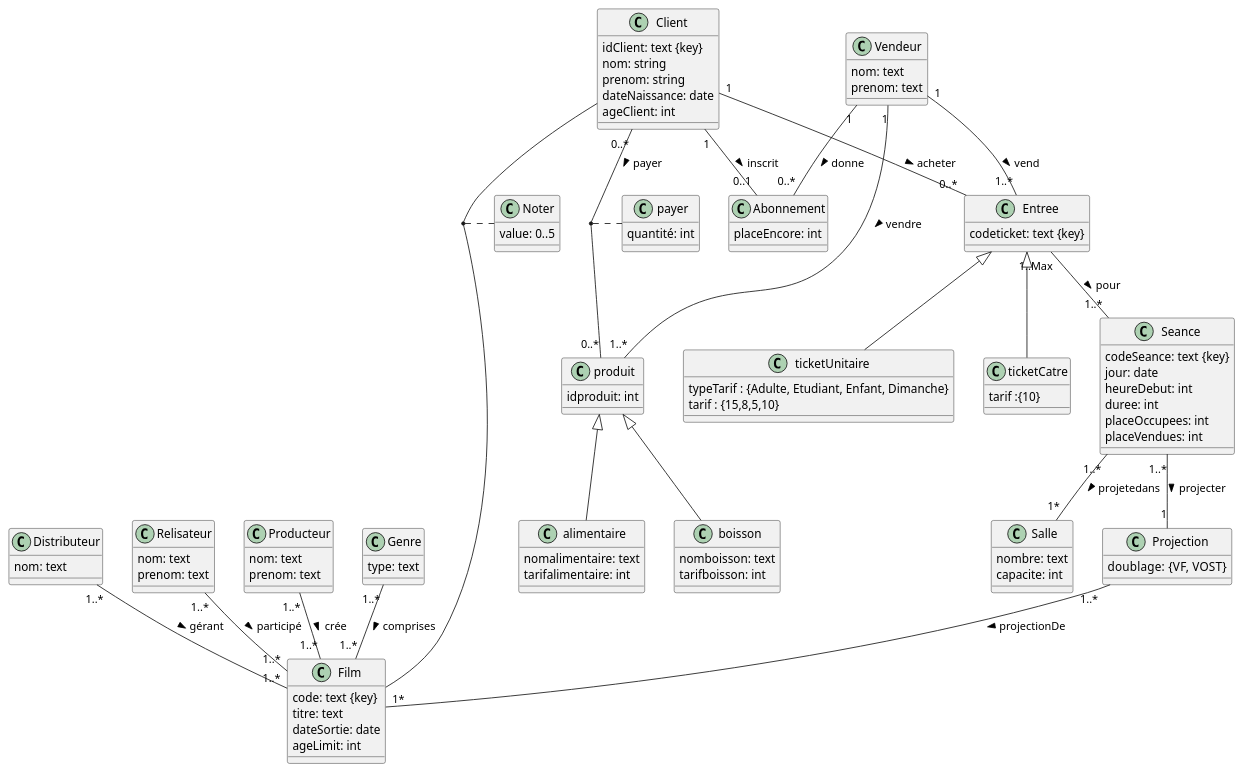
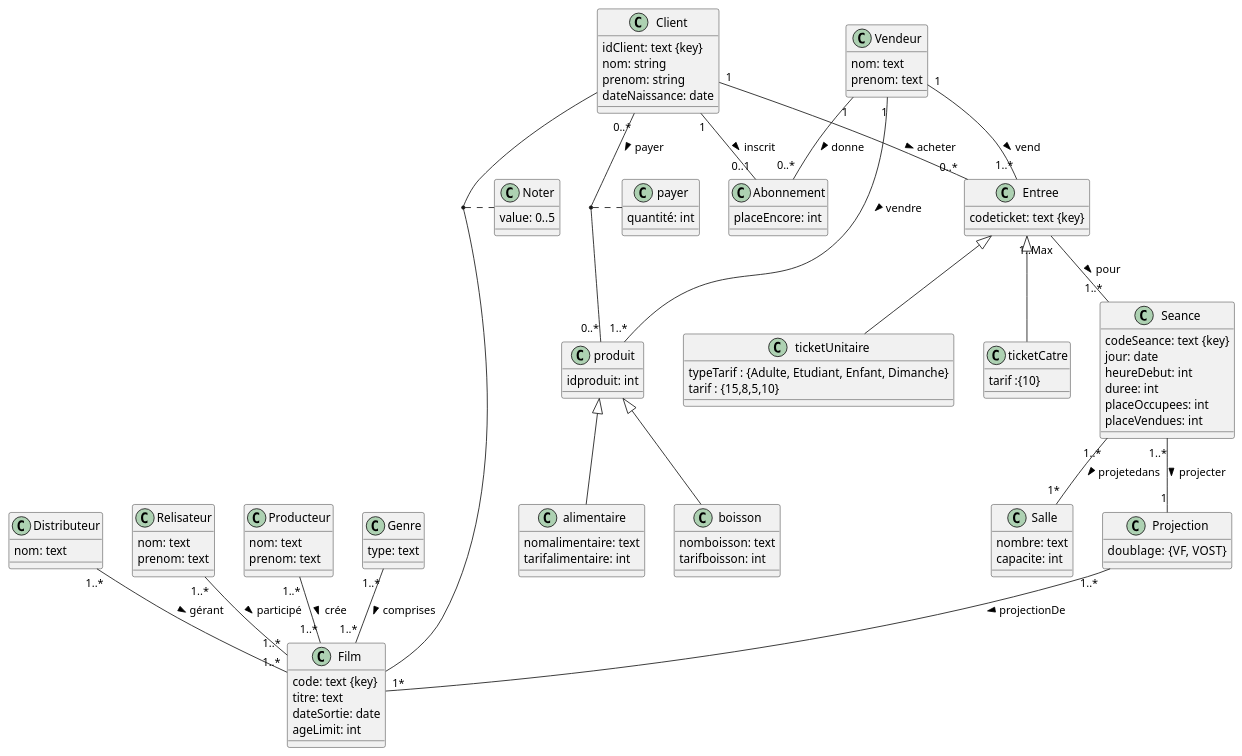
One commit to hoxuanvinh1999/NF17_Complexe_Cinematographique changed the diagram in MCDProjet2.plantuml. Above: the diagram before and after it, drawn with PlantUML.

```diff
--- a/MCDProjet2.plantuml
+++ b/MCDProjet2.plantuml
@@ -1,124 +1,123 @@
   @startuml
   class Film{
      code: text {key}
      titre: text
      dateSortie: date
      ageLimit: int
     }
     class Distributeur{
      nom: text
     }
     class Relisateur{
      nom: text
      prenom: text
     }
     class Producteur{
      nom: text
      prenom: text
     }
     class Genre{
      type: text
     }
      Distributeur "1..*" -- "1..*" Film : gérant >
      Relisateur "1..*" -- "1..*" Film : participé >
      Producteur "1..*" -- "1..*" Film : crée >
      Genre "1..*" -- "1..*" Film : comprises >
 
 
 
 
     class Seance{
      codeSeance: text {key}
      jour: date
      heureDebut: int
      duree: int
      placeOccupees: int
      placeVendues: int
     }
 
     class Vendeur{
       nom: text
       prenom: text
     }
 
     class produit{
     idproduit: int
     }
 
     class boisson {
     nomboisson: text
     tarifboisson: int
     }
 
     class alimentaire{
     nomalimentaire: text
     tarifalimentaire: int
     }
 
 
     class Projection{
      doublage:  {VF, VOST}
     }
 
     class Salle{
       nombre: text
       capacite: int
     }
 
     Seance "1..*" -- "1*" Salle :  projetedans >
     Vendeur "1" -- "1..*" Entree : vend >
     Vendeur "1" -- "1..*" produit : vendre >
     Vendeur "1" -- "0..*" Abonnement: donne >
     produit <|-- boisson
     produit <|-- alimentaire
 
 
 
     class Client{
      idClient: text {key}
      nom: string
      prenom: string
      dateNaissance: date
-     ageClient: int
     }
     class Noter{
      value: 0..5
     }
 
     class Entree{
      codeticket: text {key}
     }
 
     class ticketUnitaire{
       typeTarif : {Adulte, Etudiant, Enfant, Dimanche}
       tarif : {15,8,5,10}
     }
     class ticketCatre{
      tarif :{10}
     }
 
     class Abonnement {
      placeEncore: int
     }
 
     class payer{
     quantité: int
     }
 
 
 
     (Client, Film) .. Noter
 
     Seance "1..*" -- "1" Projection : projecter >
     Projection "1..*" -- "1*" Film : projectionDe >
 
     Client "1" -- "0..*" Entree : acheter >
     Client "0..*" -- "0..*" produit: payer >
     Entree "1..Max" -- "1..*" Seance : pour >
     (Client, produit)..payer
 
     Entree <|-- ticketCatre
     Entree <|-- ticketUnitaire
 
     Client "1" -- "0..1" Abonnement : inscrit >
   @enduml
```
